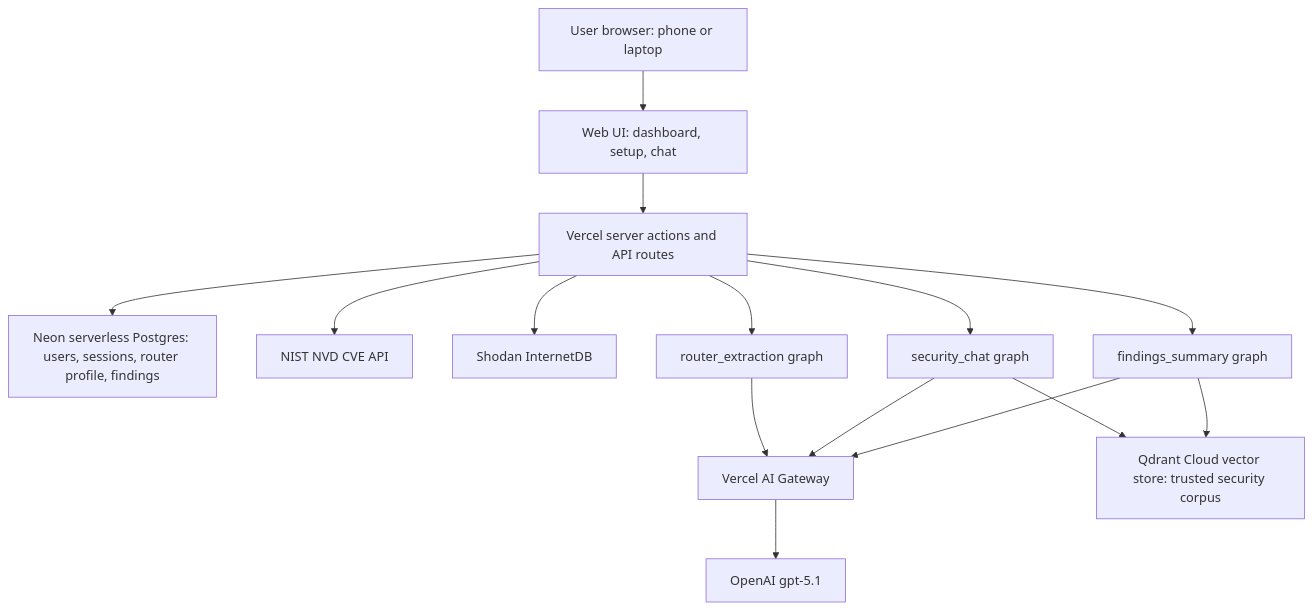
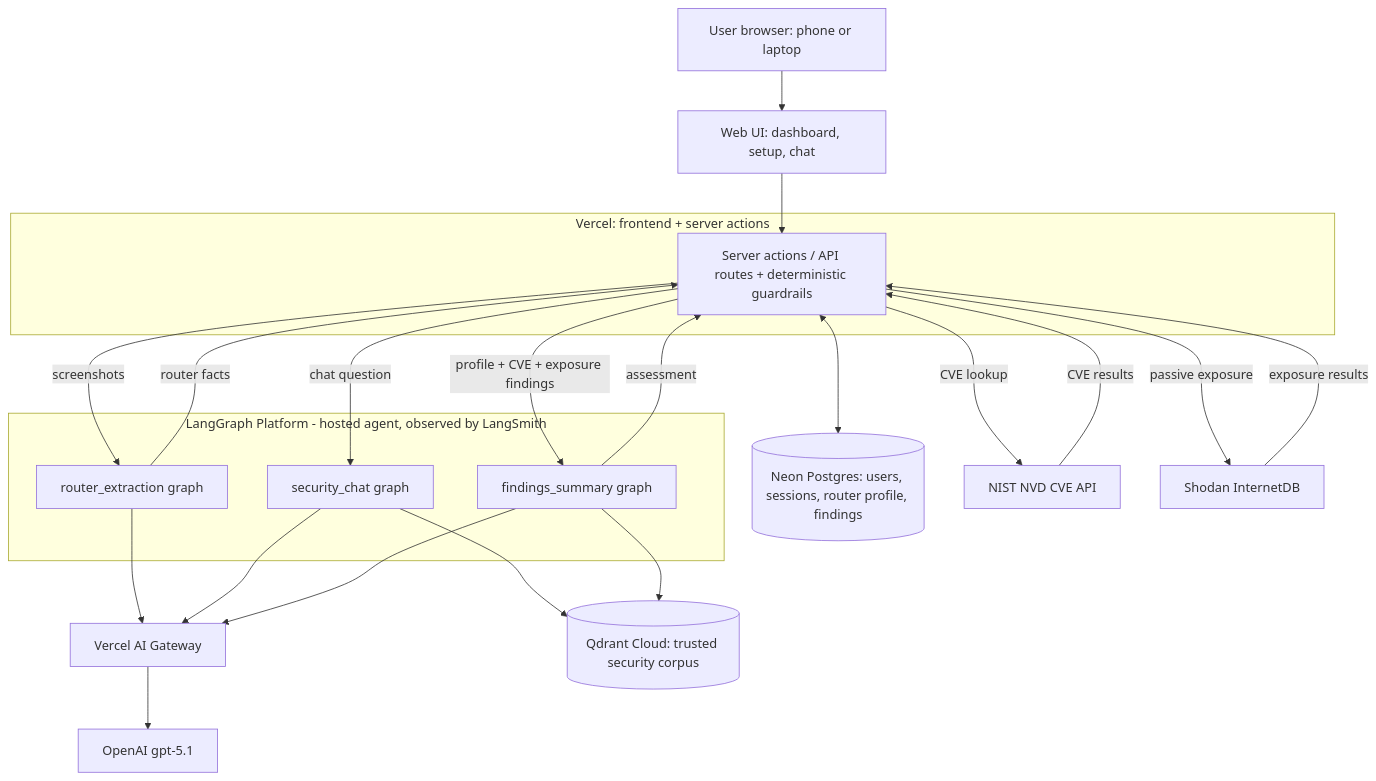
The second of 3 diagrams in README.md (krmurphy2/GridWatch), drawn with Mermaid before and after one commit. The commit also changed other lines of this file and 1 other file, not shown here.

Commit message:
docs: clarify infra diagram — show LangGraph agent + tool data flow
Wrap the three graphs (router_extraction, security_chat, findings_summary)
in a LangGraph Platform boundary so the hosted agent is distinct from the
Vercel server-action layer, and show the NVD/InternetDB results flowing back
to the API and into findings_summary (with the router profile). Adds return
edges (router facts, assessment) and clean-scan LLM-skip note. Applied
identically to README and docs/architecture.md.

````diff
--- a/README.md
+++ b/README.md
@@ -98,30 +97,47 @@
 ```mermaid
 flowchart TD
     User[User browser: phone or laptop]
     UI[Web UI: dashboard, setup, chat]
-    API[Vercel server actions and API routes]
-    DB[Neon serverless Postgres: users, sessions, router profile, findings]
+
+    subgraph Vercel[Vercel: frontend + server actions]
+        API[Server actions / API routes + deterministic guardrails]
+    end
+
+    DB[(Neon Postgres: users, sessions, router profile, findings)]
     NVD[NIST NVD CVE API]
     InternetDB[Shodan InternetDB]
-    Extract[router_extraction graph]
-    Chat[security_chat graph]
-    Summary[findings_summary graph]
+
+    subgraph LG[LangGraph Platform - hosted agent, observed by LangSmith]
+        Extract[router_extraction graph]
+        Chat[security_chat graph]
+        Summary[findings_summary graph]
+    end
+
     Gateway[Vercel AI Gateway]
     LLM[OpenAI gpt-5.1]
-    Qdrant[Qdrant Cloud vector store: trusted security corpus]
+    Qdrant[(Qdrant Cloud: trusted security corpus)]
 
     User --> UI
     UI --> API
-    API --> DB
-    API --> NVD
-    API --> InternetDB
-    API --> Extract
-    API --> Chat
-    API --> Summary
+    API <--> DB
+
+    API -->|CVE lookup| NVD
+    API -->|passive exposure| InternetDB
+    NVD -->|CVE results| API
+    InternetDB -->|exposure results| API
+
+    API -->|screenshots| Extract
+    API -->|chat question| Chat
+    API -->|profile + CVE + exposure findings| Summary
+
     Extract --> Gateway
     Chat --> Gateway
     Summary --> Gateway
     Gateway --> LLM
+
     Chat --> Qdrant
     Summary --> Qdrant
+
+    Extract -->|router facts| API
+    Summary -->|assessment| API
 ```
````
